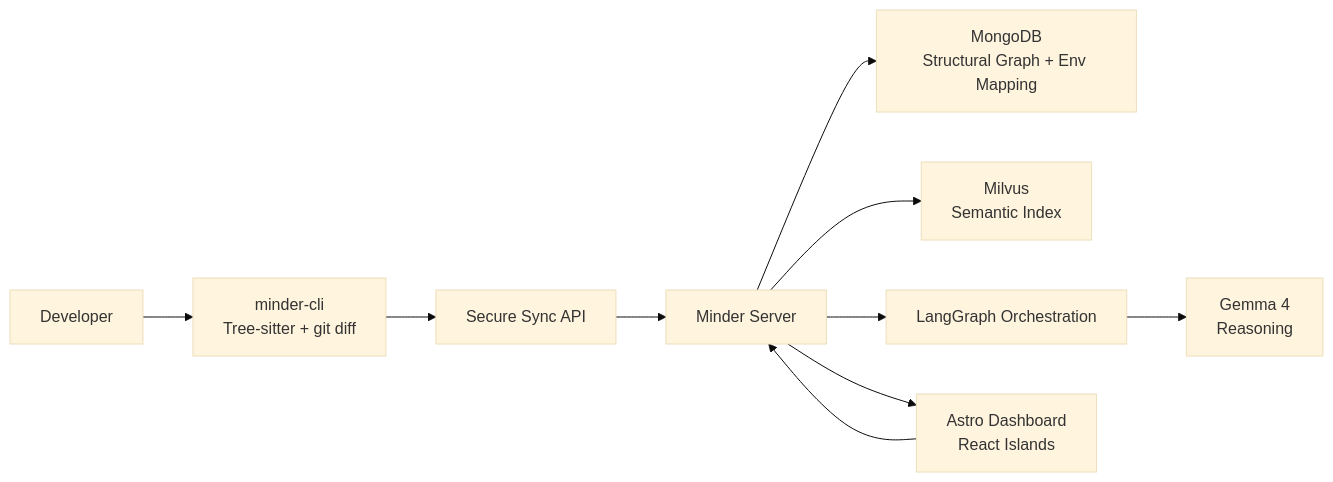
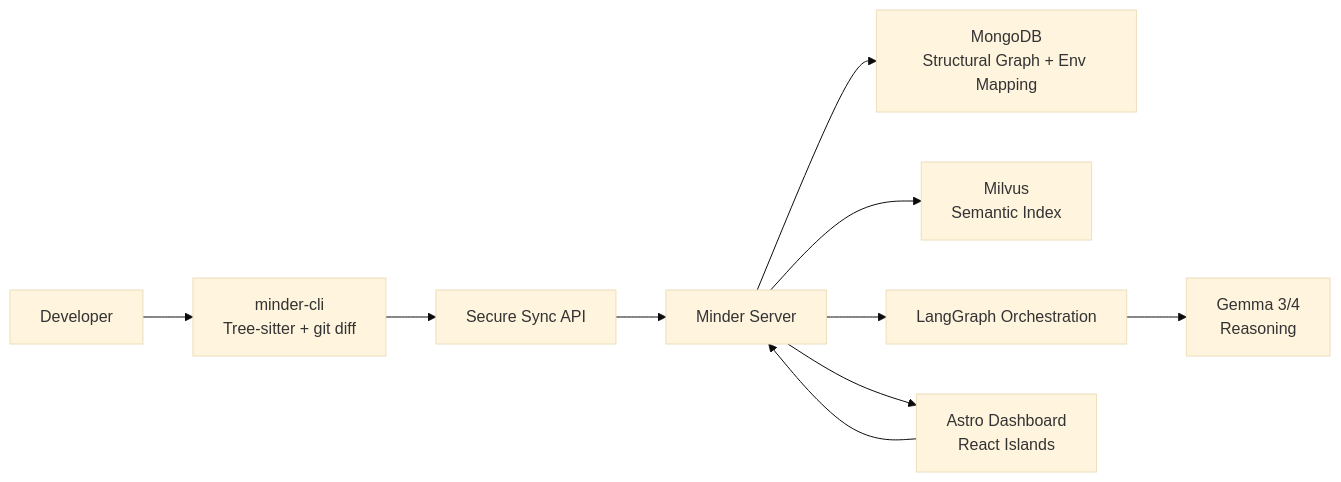
The diagram in docs/design/cli_edge_extractor_and_graph_sync_architecture.md (hiimtrung/minder), drawn with Mermaid (base theme) before and after one commit. The commit also changed other lines of this file and 19 other files, not shown here.

````diff
--- a/docs/design/cli_edge_extractor_and_graph_sync_architecture.md
+++ b/docs/design/cli_edge_extractor_and_graph_sync_architecture.md
@@ -29,12 +29,12 @@
 ```mermaid
 flowchart LR
     Dev["Developer"] --> CLI["minder-cli\nTree-sitter + git diff"]
     CLI --> Sync["Secure Sync API"]
     Sync --> Server["Minder Server"]
     Server --> Mongo["MongoDB\nStructural Graph + Env Mapping"]
     Server --> Milvus["Milvus\nSemantic Index"]
     Server --> LangGraph["LangGraph Orchestration"]
-    LangGraph --> Gemma["Gemma 4\nReasoning"]
+    LangGraph --> Gemma["Gemma 3/4\nReasoning"]
     Server --> Dashboard["Astro Dashboard\nReact Islands"]
     Dashboard --> Server
 ```
````
